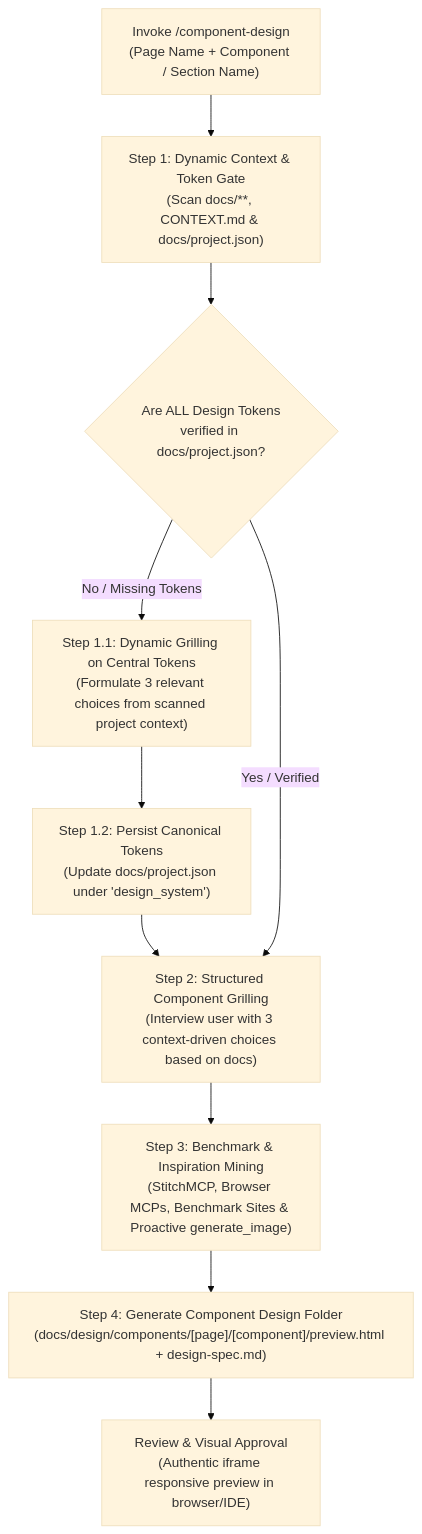
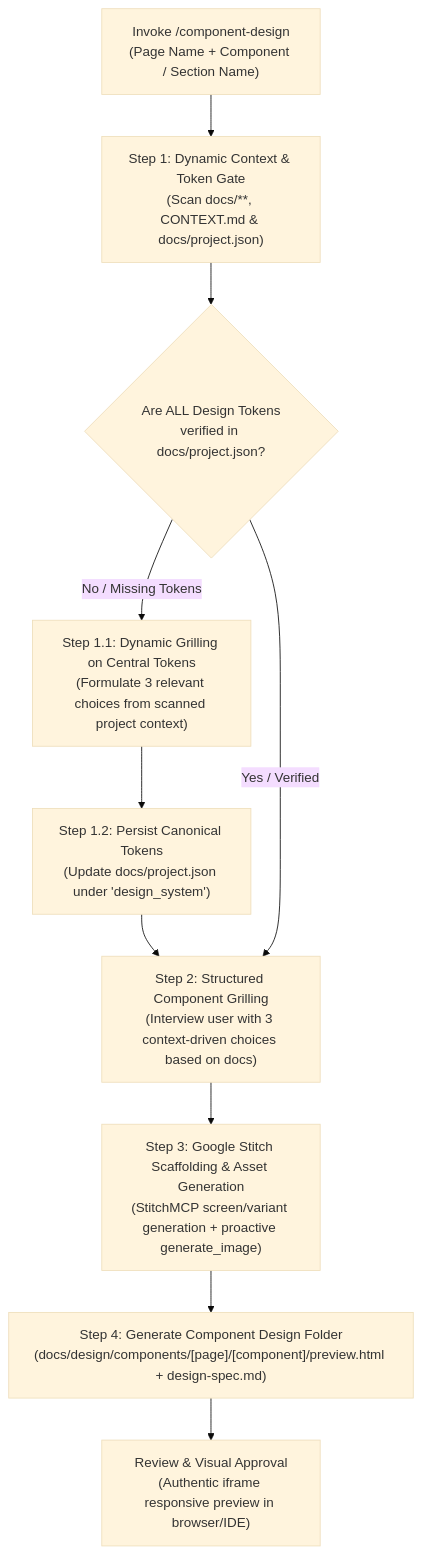
Before and after one commit to BIGboss248/aminwebsite: the diagram in .agents/skills/component-design/SKILL.md, drawn with Mermaid (base theme). The commit also changed other lines of this file and 1 other file, not shown here.

````diff
--- a/.agents/skills/component-design/SKILL.md
+++ b/.agents/skills/component-design/SKILL.md
@@ -25,12 +27,12 @@
 ```mermaid
 flowchart TD
     Start["Invoke /component-design<br/>(Page Name + Component / Section Name)"] --> Step1["Step 1: Dynamic Context & Token Gate<br/>(Scan docs/**, CONTEXT.md & docs/project.json)"]
     Step1 --> CheckTokens{"Are ALL Design Tokens<br/>verified in docs/project.json?"}
     CheckTokens -- "No / Missing Tokens" --> GrillTokens["Step 1.1: Dynamic Grilling on Central Tokens<br/>(Formulate 3 relevant choices from scanned project context)"]
     GrillTokens --> SaveTokens["Step 1.2: Persist Canonical Tokens<br/>(Update docs/project.json under 'design_system')"]
     SaveTokens --> Step2
     CheckTokens -- "Yes / Verified" --> Step2["Step 2: Structured Component Grilling<br/>(Interview user with 3 context-driven choices based on docs)"]
-    Step2 --> Step3["Step 3: Benchmark & Inspiration Mining<br/>(StitchMCP, Browser MCPs, Benchmark Sites & Proactive generate_image)"]
+    Step2 --> Step3["Step 3: Google Stitch Scaffolding & Asset Generation<br/>(StitchMCP screen/variant generation + proactive generate_image)"]
     Step3 --> Step4["Step 4: Generate Component Design Folder<br/>(docs/design/components/[page]/[component]/preview.html + design-spec.md)"]
     Step4 --> Finish["Review & Visual Approval<br/>(Authentic iframe responsive preview in browser/IDE)"]
 ```
````
